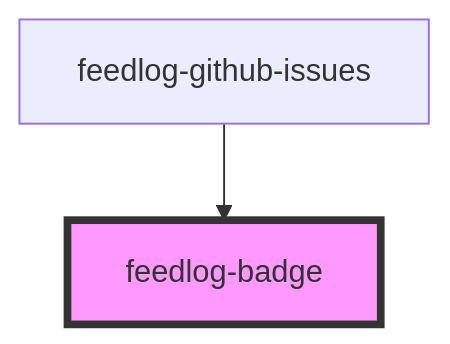
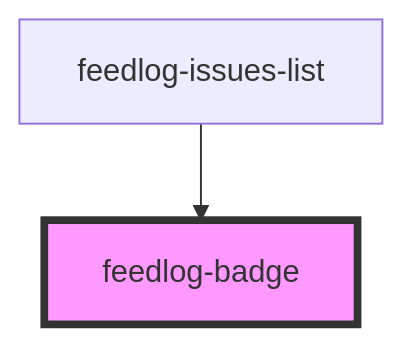
One commit to FeedlogAI/feedlog-toolkit changed the diagram in packages/webcomponents/src/components/feedlog-badge/readme.md. Above: the diagram before and after it, drawn with Mermaid. The commit also changed other lines of this file and 41 other files, not shown here.

Commit message:
Refactor Feedlog components: Introduce FeedlogGithubIssuesBase and FeedlogIssuesList for improved structure; update theme support and remove redundant styles. Adjust package.json for Storybook port and dependencies.

````diff
--- a/packages/webcomponents/src/components/feedlog-badge/readme.md
+++ b/packages/webcomponents/src/components/feedlog-badge/readme.md
@@ -28,5 +28,5 @@
 ```mermaid
 graph TD;
-  feedlog-github-issues --> feedlog-badge
+  feedlog-issues-list --> feedlog-badge
   style feedlog-badge fill:#f9f,stroke:#333,stroke-width:4px
 ```
````
